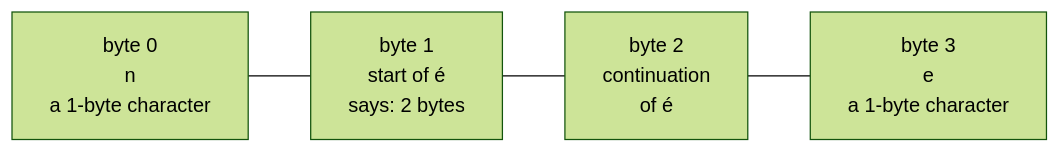
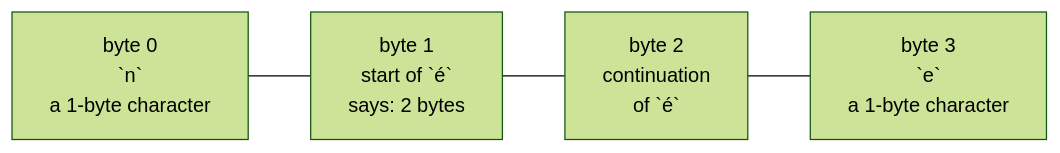
Before and after one commit to rux-lang/Web: the diagram in content/docs/1.learn/14.text/06.utf8.md, drawn with Mermaid (forest theme). The commit also changed 187 other files, not shown here.

First line of the commit message:
Draw the Learn diagrams for phones, with code in the mono face

````diff
--- a/content/docs/1.learn/14.text/06.utf8.md
+++ b/content/docs/1.learn/14.text/06.utf8.md
@@ -29,4 +29,4 @@
 ```mermaid
 flowchart LR
-    b0["byte 0<br/>n<br/>a 1-byte character"] --- b1["byte 1<br/>start of é<br/>says: 2 bytes"] --- b2["byte 2<br/>continuation<br/>of é"] --- b3["byte 3<br/>e<br/>a 1-byte character"]
+    b0["byte 0<br/>`n`<br/>a 1-byte character"] --- b1["byte 1<br/>start of `é`<br/>says: 2 bytes"] --- b2["byte 2<br/>continuation<br/>of `é`"] --- b3["byte 3<br/>`e`<br/>a 1-byte character"]
 ```
````
